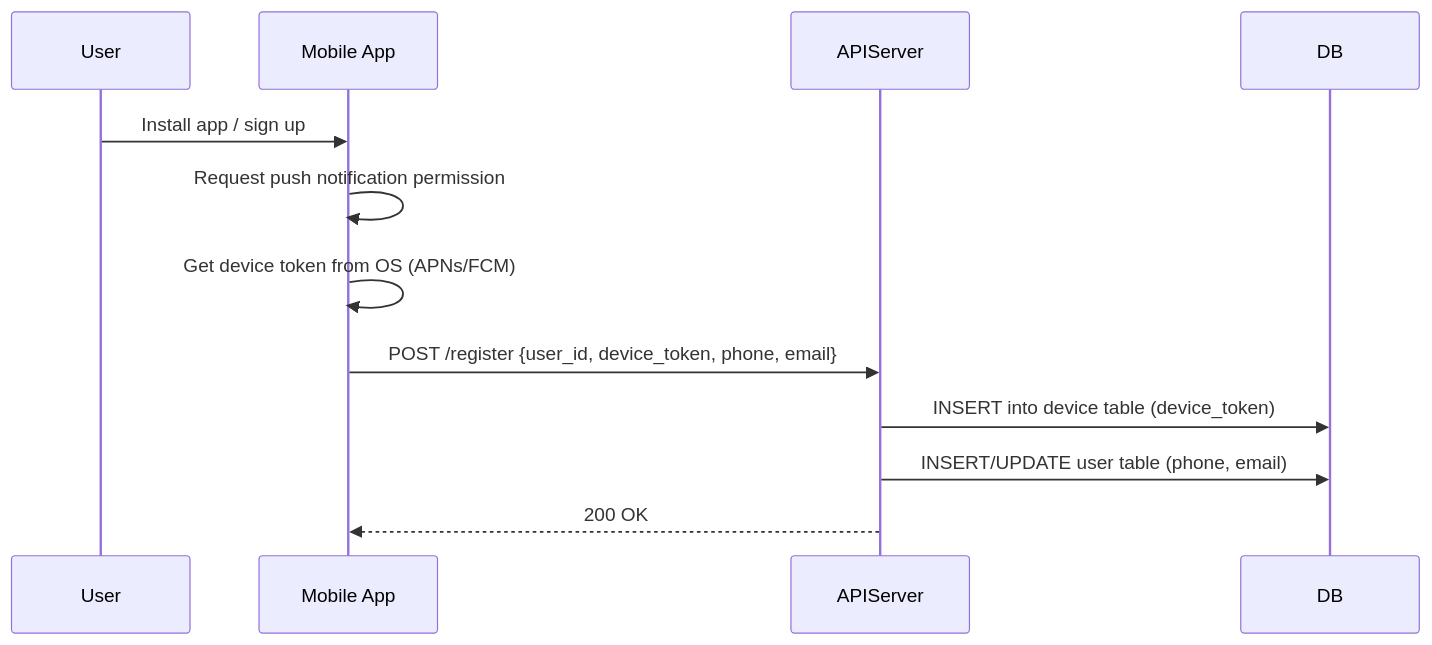
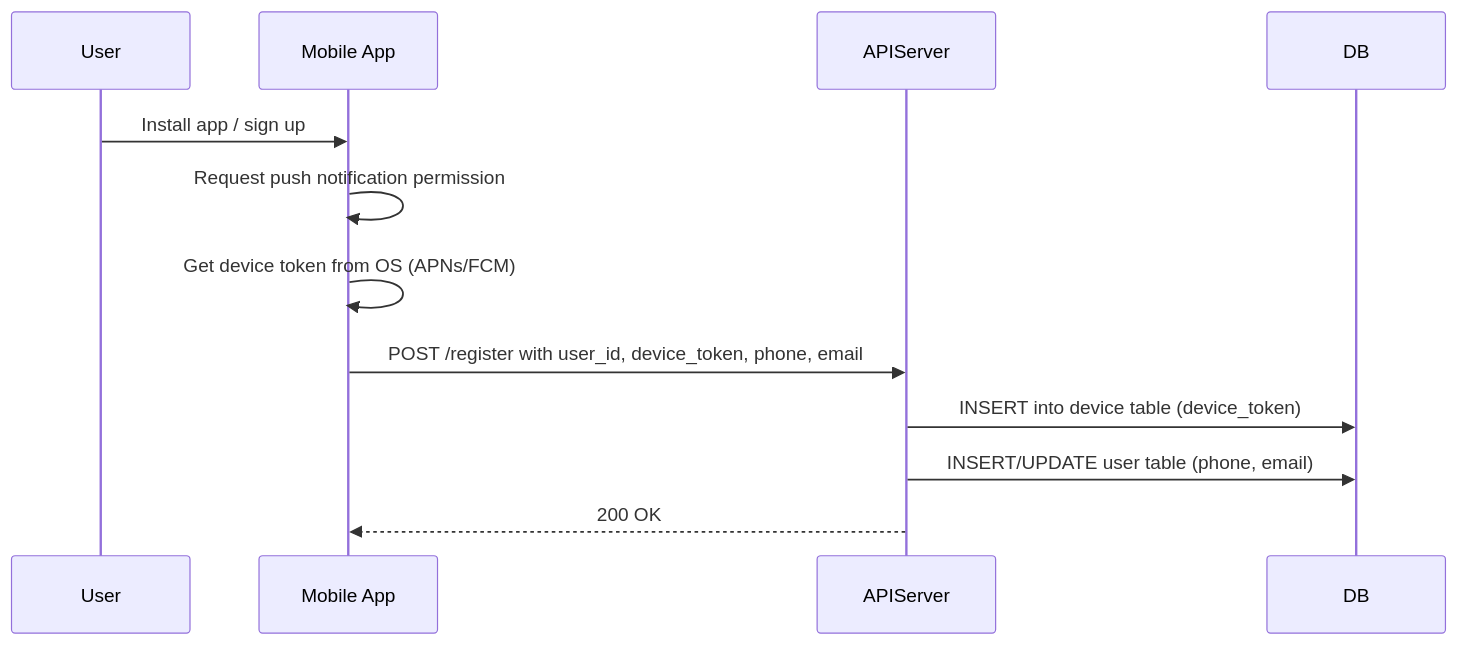
One commit to jaugustodev/software-engineering-content changed the seventh of 12 diagrams in system-design/system-design-interview-alex-xu/chapters/10-notification-system.md. Above: the diagram before and after it, drawn with Mermaid. The commit also changed other lines of this file, not shown here.

````diff
--- a/system-design/system-design-interview-alex-xu/chapters/10-notification-system.md
+++ b/system-design/system-design-interview-alex-xu/chapters/10-notification-system.md
@@ -305,15 +305,15 @@
 ```mermaid
 sequenceDiagram
     participant User
     participant App as Mobile App
     participant APIServer
     participant DB
 
     User->>App: Install app / sign up
     App->>App: Request push notification permission
     App->>App: Get device token from OS (APNs/FCM)
-    App->>APIServer: POST /register {user_id, device_token, phone, email}
+    App->>APIServer: POST /register with user_id, device_token, phone, email
     APIServer->>DB: INSERT into device table (device_token)
     APIServer->>DB: INSERT/UPDATE user table (phone, email)
     APIServer-->>App: 200 OK
 ```
````
